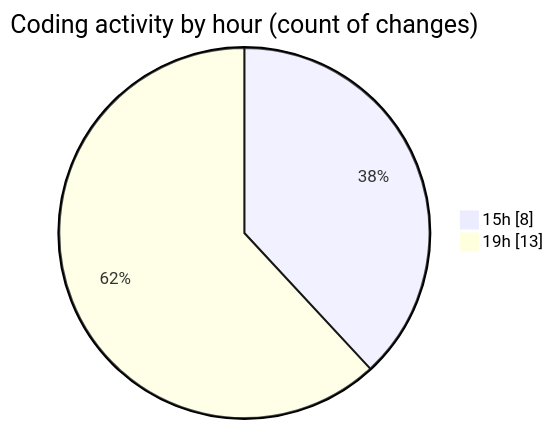
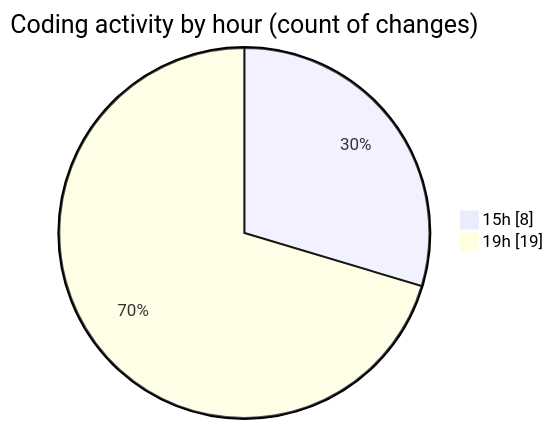
Before and after one commit to Ritupan-Deka/code-tracking: the second of 2 diagrams in 2025-01-26/search/README.md, drawn with Mermaid. The commit also changed other lines of this file and 1 other file, not shown here.

````diff
--- a/2025-01-26/search/README.md
+++ b/2025-01-26/search/README.md
@@ -31,6 +31,6 @@
 ```mermaid
 pie showData
 title Coding activity by hour (count of changes)
 "15h" : 8
-"19h" : 13
+"19h" : 19
 ```
````
